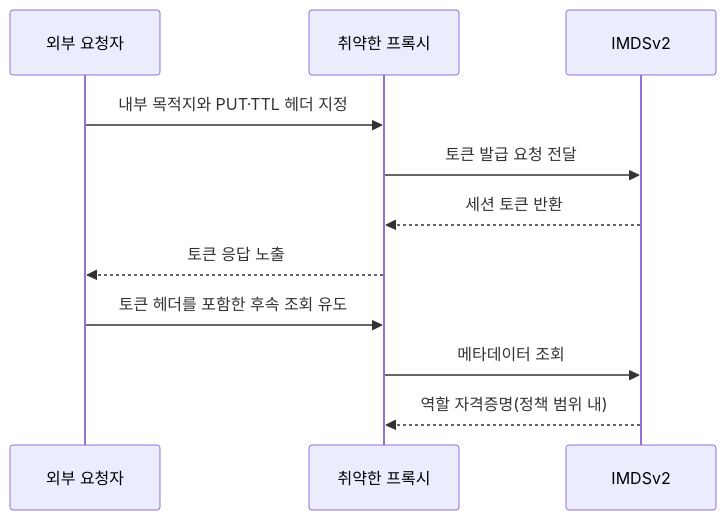
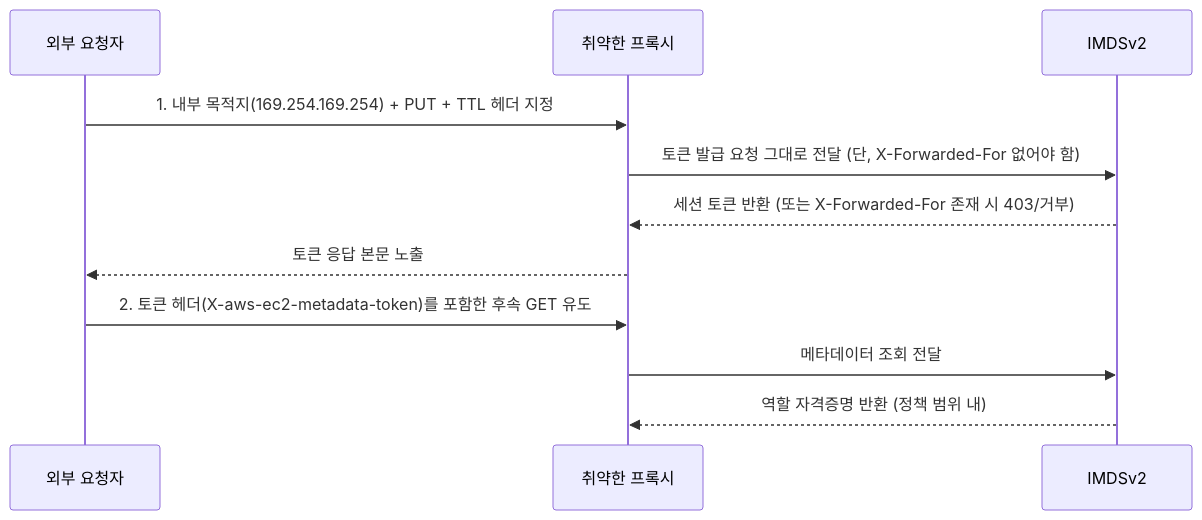
One commit to gooyong-sec/gooyong-sec.github.io changed the third of 3 diagrams in content/클라우드인프라/클라우드 인프라 진단 — IMDS SSRF로 자격증명 탈취.md. Above: the diagram before and after it, drawn with Mermaid. The commit also changed other lines of this file and 68 other files, not shown here.

````diff
--- a/content/클라우드인프라/클라우드 인프라 진단 — IMDS SSRF로 자격증명 탈취.md
+++ b/content/클라우드인프라/클라우드 인프라 진단 — IMDS SSRF로 자격증명 탈취.md
@@ -57,13 +108,13 @@
 ```mermaid
 sequenceDiagram
     participant A as 외부 요청자
     participant P as 취약한 프록시
     participant I as IMDSv2
-    A->>P: 내부 목적지와 PUT·TTL 헤더 지정
-    P->>I: 토큰 발급 요청 전달
-    I-->>P: 세션 토큰 반환
-    P-->>A: 토큰 응답 노출
-    A->>P: 토큰 헤더를 포함한 후속 조회 유도
-    P->>I: 메타데이터 조회
-    I-->>P: 역할 자격증명(정책 범위 내)
+    A->>P: 1. 내부 목적지(169.254.169.254) + PUT + TTL 헤더 지정
+    P->>I: 토큰 발급 요청 그대로 전달 (단, X-Forwarded-For 없어야 함)
+    I-->>P: 세션 토큰 반환 (또는 X-Forwarded-For 존재 시 403/거부)
+    P-->>A: 토큰 응답 본문 노출
+    A->>P: 2. 토큰 헤더(X-aws-ec2-metadata-token)를 포함한 후속 GET 유도
+    P->>I: 메타데이터 조회 전달
+    I-->>P: 역할 자격증명 반환 (정책 범위 내)
 ```
````
